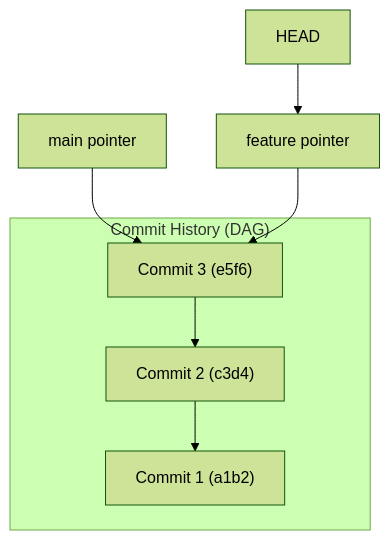
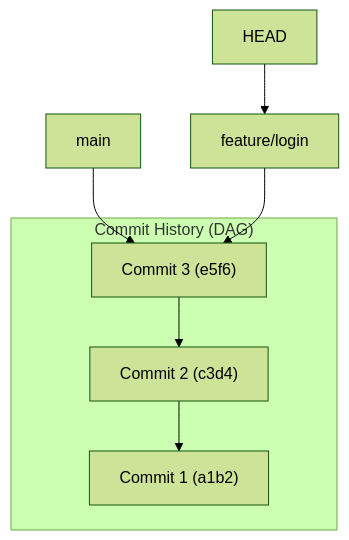
The fourth of 5 diagrams in content/roadmap/level-0/git-version-control.md (ravishankar2463/java_hub), drawn with Mermaid (forest theme) before and after one commit. The commit also changed other lines of this file and 119 other files, not shown here.

Commit message:
feat: add comprehensive java learning roadmap content across multiple levels

````diff
--- a/content/roadmap/level-0/git-version-control.md
+++ b/content/roadmap/level-0/git-version-control.md
@@ -170,10 +212,10 @@
 ```mermaid
 flowchart TD
-    subgraph Commits ["Commit History (DAG)"]
+    subgraph History["Commit History (DAG)"]
         C3["Commit 3 (e5f6)"] --> C2["Commit 2 (c3d4)"] --> C1["Commit 1 (a1b2)"]
     end
 
-    Main["main pointer"] --> C3
-    Feature["feature pointer"] --> C3
+    Main["main"] --> C3
+    Feature["feature/login"] --> C3
     HEAD["HEAD"] --> Feature
 ```
````
